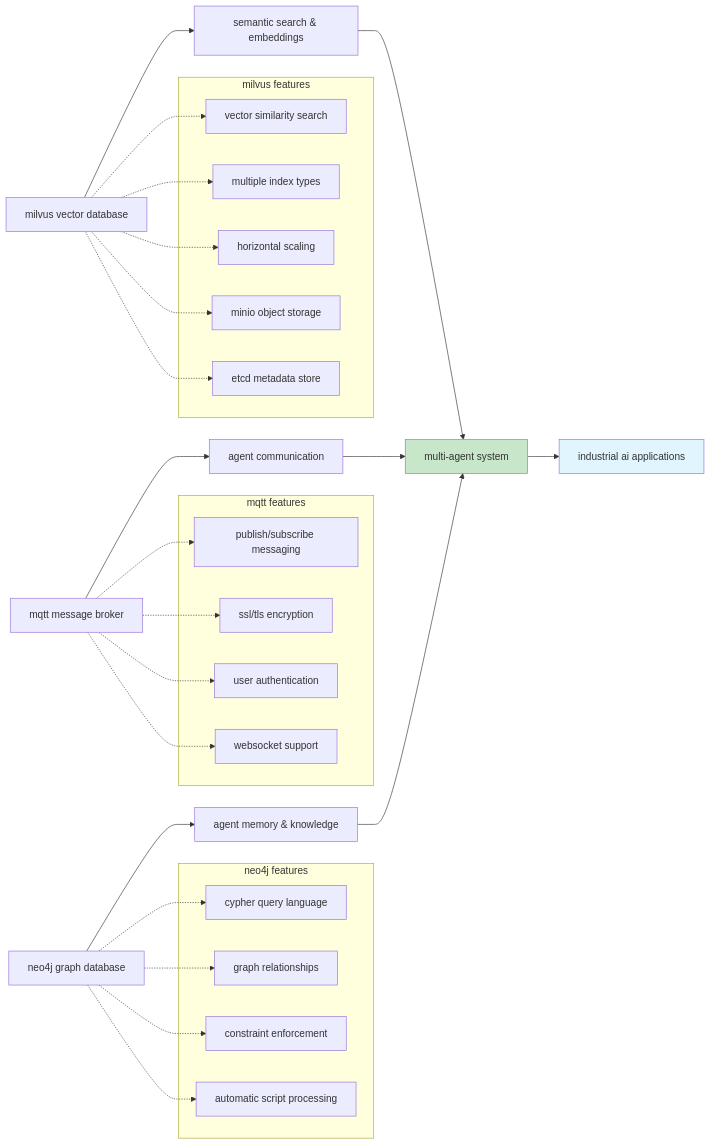
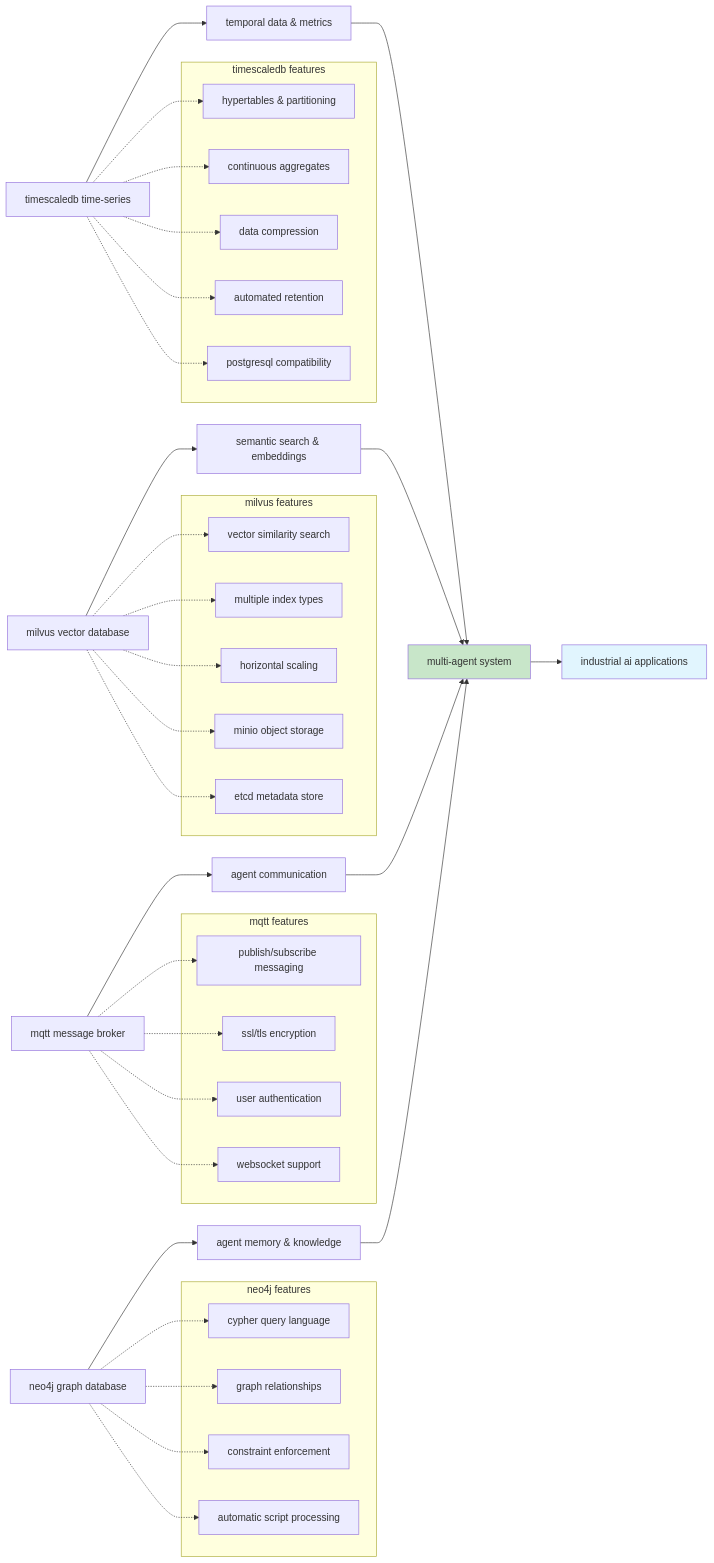
One commit to XMPro/Multi-Agent changed the seventh of 7 diagrams in docs/installation/docker/complete-deployment-flowchart.md. Above: the diagram before and after it, drawn with Mermaid. The commit also changed other lines of this file and 14 other files, not shown here.

````diff
--- a/docs/installation/docker/complete-deployment-flowchart.md
+++ b/docs/installation/docker/complete-deployment-flowchart.md
@@ -274,53 +338,69 @@
 ```mermaid
 flowchart LR
-    A[neo4j graph database] --> D[agent memory & knowledge]
-    B[mqtt message broker] --> E[agent communication]
-    C[milvus vector database] --> F[semantic search & embeddings]
+    A[neo4j graph database] --> E[agent memory & knowledge]
+    B[mqtt message broker] --> F[agent communication]
+    C[milvus vector database] --> G[semantic search & embeddings]
+    D[timescaledb time-series] --> H[temporal data & metrics]
     
-    D --> G[multi-agent system]
-    E --> G
-    F --> G
+    E --> I[multi-agent system]
+    F --> I
+    G --> I
+    H --> I
     
-    G --> H[industrial ai applications]
+    I --> J[industrial ai applications]
     
     subgraph "neo4j features"
-        I[cypher query language]
-        J[graph relationships]
-        K[constraint enforcement]
-        L[automatic script processing]
+        K[cypher query language]
+        L[graph relationships]
+        M[constraint enforcement]
+        N[automatic script processing]
     end
     
     subgraph "mqtt features"
-        M[publish/subscribe messaging]
-        N[ssl/tls encryption]
-        O[user authentication]
-        P[websocket support]
+        O[publish/subscribe messaging]
+        P[ssl/tls encryption]
+        Q[user authentication]
+        R[websocket support]
     end
     
     subgraph "milvus features"
-        Q[vector similarity search]
-        R[multiple index types]
-        S[horizontal scaling]
-        T[minio object storage]
-        U[etcd metadata store]
+        S[vector similarity search]
+        T[multiple index types]
+        U[horizontal scaling]
+        V[minio object storage]
+        W[etcd metadata store]
     end
     
-    A -.-> I
-    A -.-> J
+    subgraph "timescaledb features"
+        X[hypertables & partitioning]
+        Y[continuous aggregates]
+        Z[data compression]
+        AA[automated retention]
+        AB[postgresql compatibility]
+    end
+    
     A -.-> K
     A -.-> L
+    A -.-> M
+    A -.-> N
     
-    B -.-> M
-    B -.-> N
     B -.-> O
     B -.-> P
+    B -.-> Q
+    B -.-> R
     
-    C -.-> Q
-    C -.-> R
     C -.-> S
     C -.-> T
     C -.-> U
+    C -.-> V
+    C -.-> W
     
-    style G fill:#c8e6c9
-    style H fill:#e1f5fe
+    D -.-> X
+    D -.-> Y
+    D -.-> Z
+    D -.-> AA
+    D -.-> AB
+    
+    style I fill:#c8e6c9
+    style J fill:#e1f5fe
 ```
````
